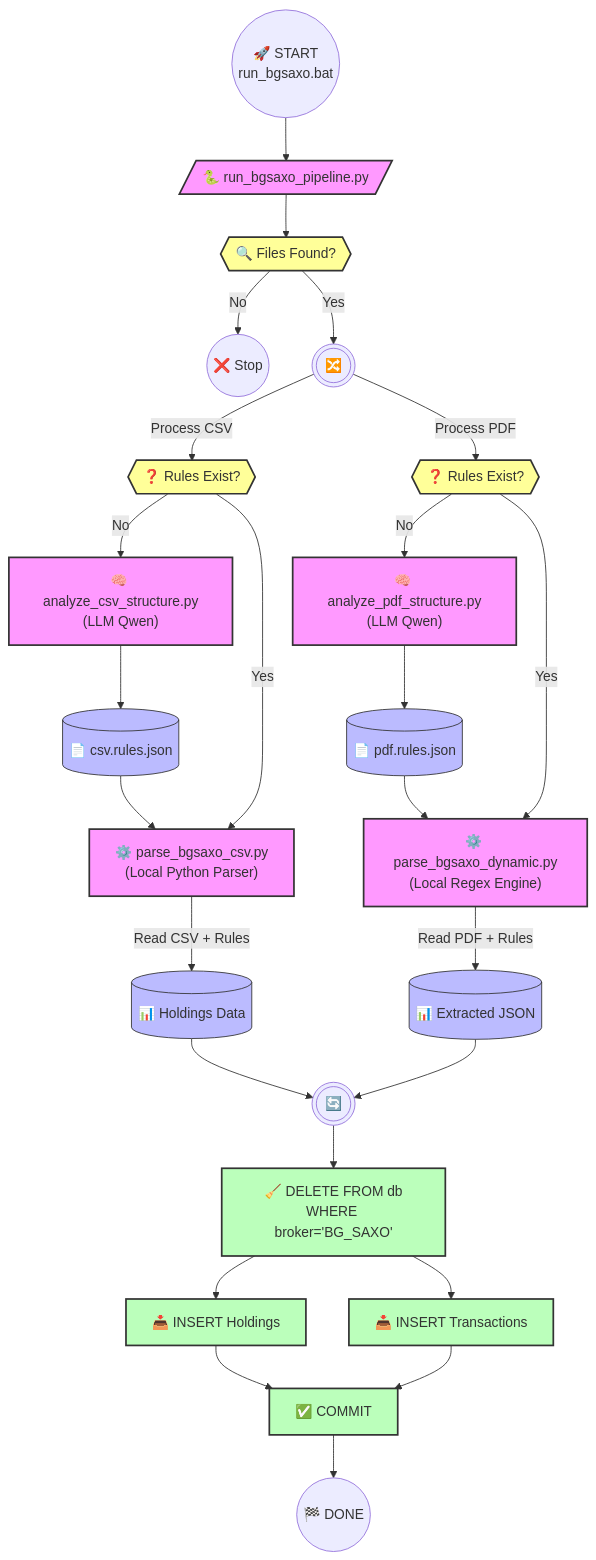
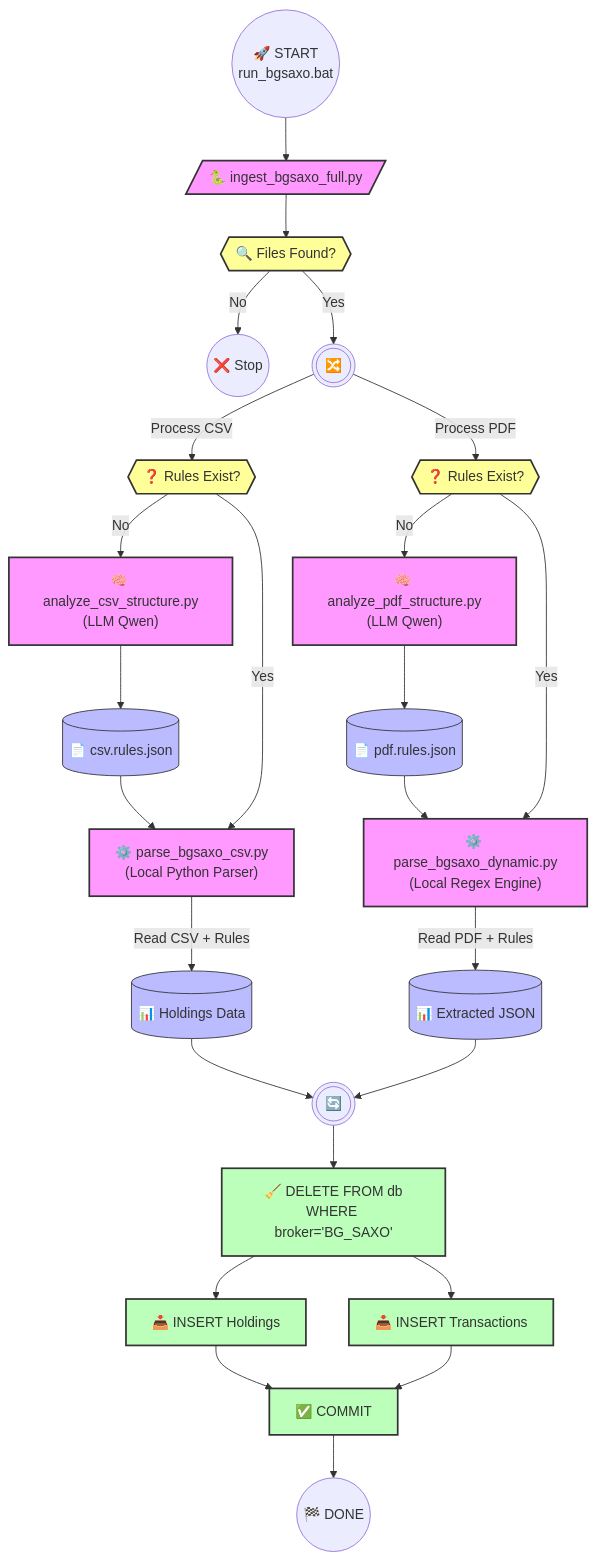
One commit to S3ph1r/warroom changed the diagram in docs/INGESTION_WORKFLOW.md. Above: the diagram before and after it, drawn with Mermaid. The commit also changed other lines of this file and 236 other files, not shown here.

````diff
--- a/docs/INGESTION_WORKFLOW.md
+++ b/docs/INGESTION_WORKFLOW.md
@@ -9,40 +9,40 @@
 ```mermaid
 flowchart TD
     classDef script fill:#f9f,stroke:#333,stroke-width:2px;
     classDef decision fill:#ff9,stroke:#333,stroke-width:2px;
     classDef db fill:#bfb,stroke:#333,stroke-width:2px;
     classDef file fill:#bbf,stroke:#333;
 
-    Start(("🚀 START<br/>run_bgsaxo.bat")) --> Script[/"🐍 run_bgsaxo_pipeline.py"/]:::script
+    Start(("🚀 START<br/>run_bgsaxo.bat")) --> Script[/"🐍 ingest_bgsaxo_full.py"/]:::script
     Script --> Detect{{"🔍 Files Found?"}}:::decision
     
     Detect -- No --> End(("❌ Stop"))
     Detect -- Yes --> Split_Flow((("🔀")))
 
     %% CSV FLOW
     Split_Flow -->|Process CSV| CheckRuleC{{"❓ Rules Exist?"}}:::decision
     CheckRuleC -- No --> AnaC["🧠 analyze_csv_structure.py<br/>(LLM Qwen)"]:::script
     AnaC --> GenRuleC[("📄 csv.rules.json")]:::file
     GenRuleC --> ParseC
     CheckRuleC -- Yes --> ParseC["⚙️ parse_bgsaxo_csv.py<br/>(Local Python Parser)"]:::script
     ParseC -->|Read CSV + Rules| DataC[("📊 Holdings Data")]:::file
 
     %% PDF FLOW
     Split_Flow -->|Process PDF| CheckRuleP{{"❓ Rules Exist?"}}:::decision
     CheckRuleP -- No --> AnaP["🧠 analyze_pdf_structure.py<br/>(LLM Qwen)"]:::script
     AnaP --> GenRuleP[("📄 pdf.rules.json")]:::file
     GenRuleP --> ParseP
     CheckRuleP -- Yes --> ParseP["⚙️ parse_bgsaxo_dynamic.py<br/>(Local Regex Engine)"]:::script
     ParseP -->|Read PDF + Rules| DataP[("📊 Extracted JSON")]:::file
 
     %% MERGE & INGEST
     DataC --> SycnPoint((("🔄")))
     DataP --> SycnPoint
     SycnPoint --> CleanDB["🧹 DELETE FROM db<br/>WHERE broker='BG_SAXO'"]:::db
     CleanDB --> InsertH["📥 INSERT Holdings"]:::db
     CleanDB --> InsertT["📥 INSERT Transactions"]:::db
     
     InsertH --> Commit["✅ COMMIT"]:::db
     InsertT --> Commit
     Commit --> Finish(("🏁 DONE"))
 ```
````
